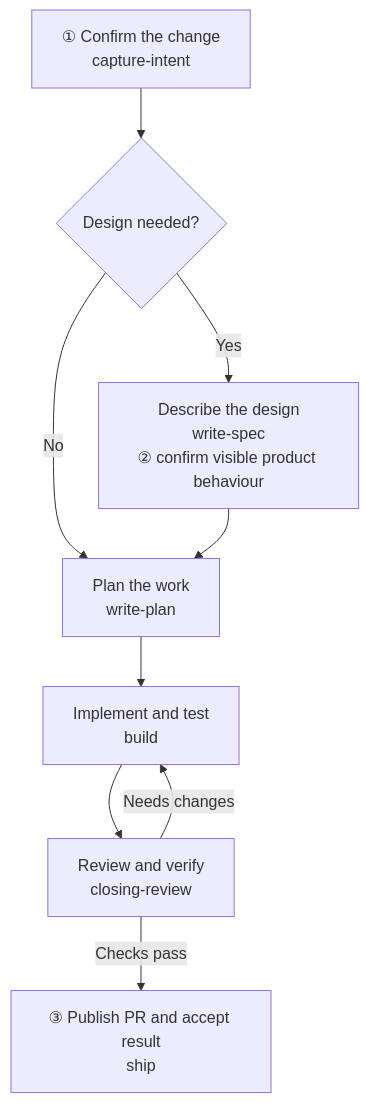
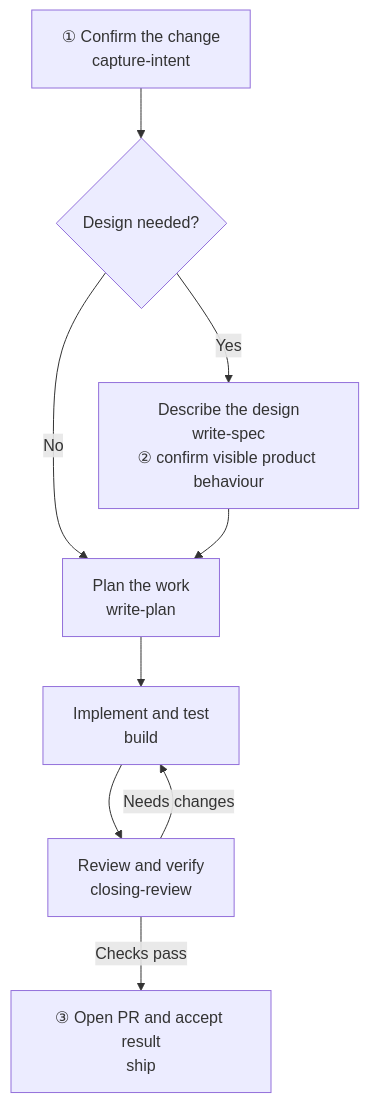
Before and after one commit to kouko/loom-plugins: the diagram in README.md, drawn with Mermaid. The commit also changed other lines of this file and 55 other files, not shown here.

First line of the commit message:
refactor(loom-code): rename the PR-opening command from publish to open-pr (#170)

````diff
--- a/README.md
+++ b/README.md
@@ -30,19 +30,19 @@
 ```mermaid
 flowchart TD
     intent["① Confirm the change<br/>capture-intent"]
     design{"Design needed?"}
     spec["Describe the design<br/>write-spec<br/>② confirm visible product behaviour"]
     plan["Plan the work<br/>write-plan"]
     build["Implement and test<br/>build"]
     review["Review and verify<br/>closing-review"]
-    ship["③ Publish PR and accept result<br/>ship"]
+    ship["③ Open PR and accept result<br/>ship"]
 
     intent --> design
     design -->|"Yes"| spec
     design -->|"No"| plan
     spec --> plan
     plan --> build
     build --> review
     review -->|"Needs changes"| build
     review -->|"Checks pass"| ship
 ```
````
